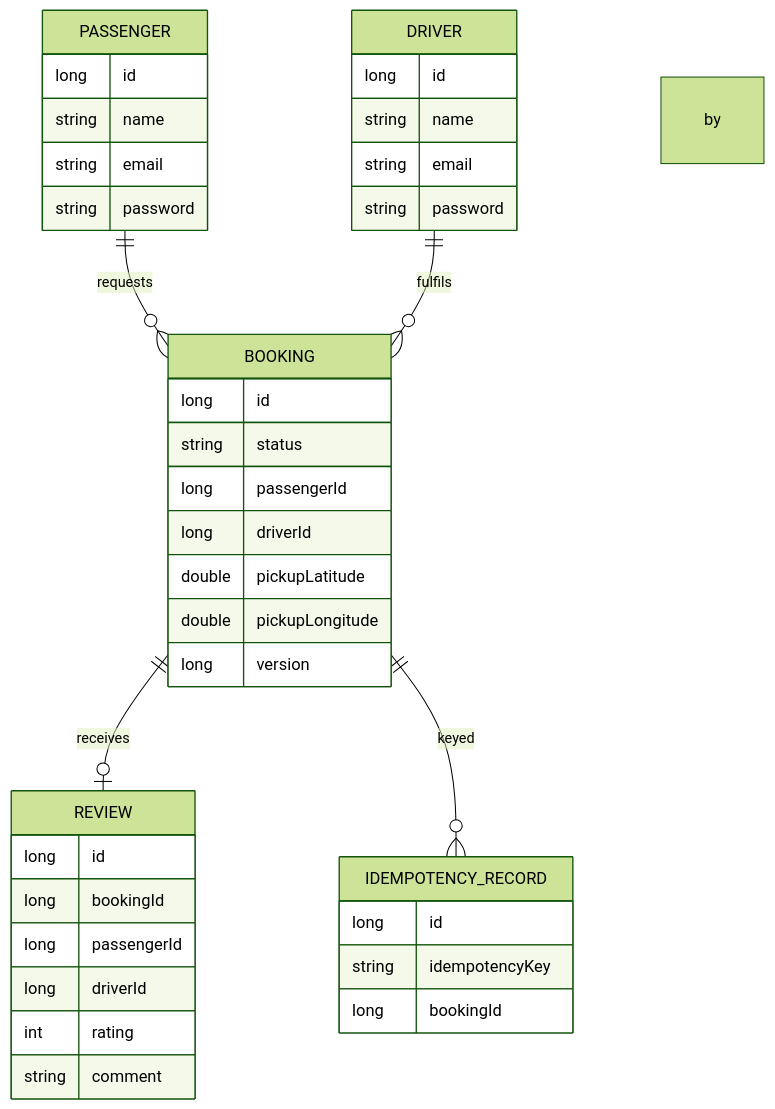
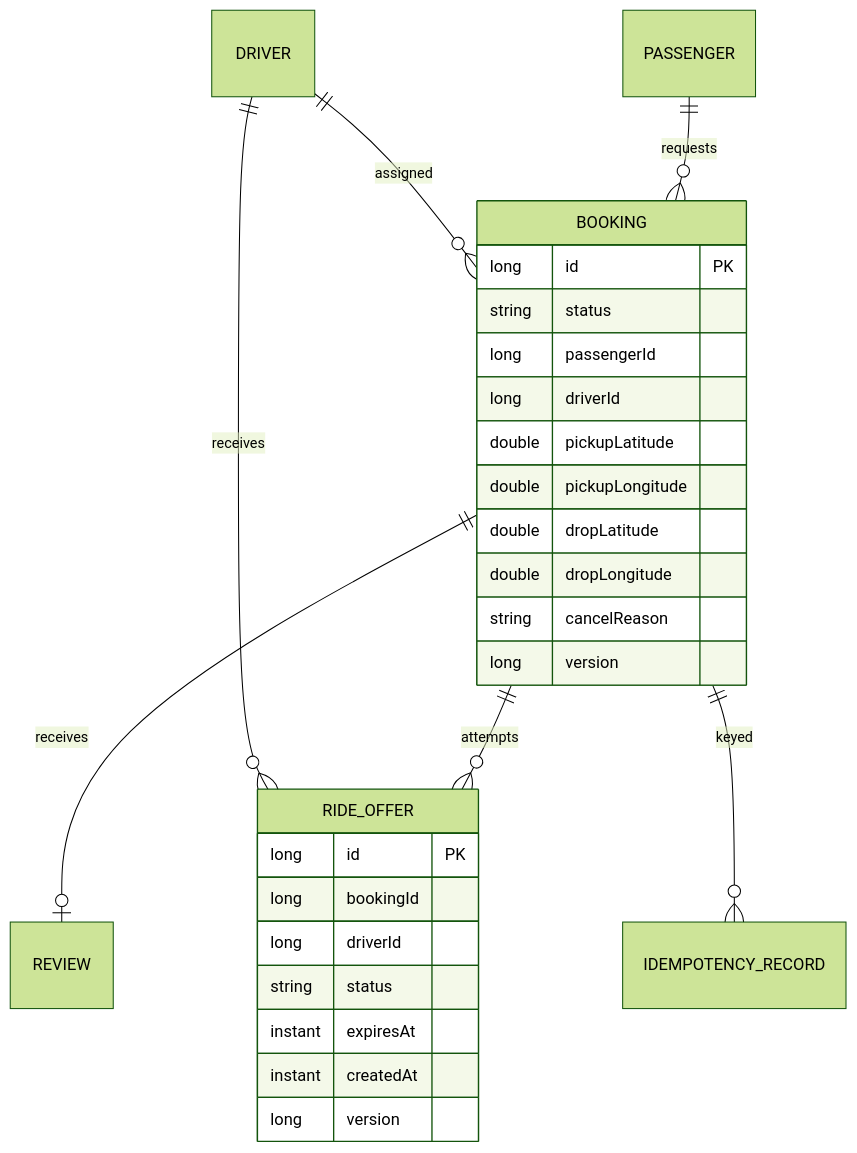
The fourth of 4 diagrams in docs/HLD.md (piyush932/uber-ride-platform), drawn with Mermaid (forest theme) before and after one commit. The commit also changed other lines of this file, not shown here.

Commit message:
docs: update HLD for Phase 9 driver dispatch and trip lifecycle

````diff
--- a/docs/HLD.md
+++ b/docs/HLD.md
@@ -160,12 +134,30 @@
 ```mermaid
 erDiagram
     PASSENGER ||--o{ BOOKING : requests
-    DRIVER ||--o{ BOOKING : fulfils
+    DRIVER ||--o{ BOOKING : assigned
+    BOOKING ||--o{ RIDE_OFFER : attempts
+    DRIVER ||--o{ RIDE_OFFER : receives
     BOOKING ||--o| REVIEW : receives
-    BOOKING ||--o{ IDEMPOTENCY_RECORD : keyed by
-    PASSENGER { long id string name string email string password }
-    DRIVER { long id string name string email string password }
-    BOOKING { long id string status long passengerId long driverId double pickupLatitude double pickupLongitude long version }
-    REVIEW { long id long bookingId long passengerId long driverId int rating string comment }
-    IDEMPOTENCY_RECORD { long id string idempotencyKey long bookingId }
+    BOOKING ||--o{ IDEMPOTENCY_RECORD : keyed
+    BOOKING {
+        long id PK
+        string status
+        long passengerId
+        long driverId
+        double pickupLatitude
+        double pickupLongitude
+        double dropLatitude
+        double dropLongitude
+        string cancelReason
+        long version
+    }
+    RIDE_OFFER {
+        long id PK
+        long bookingId
+        long driverId
+        string status
+        instant expiresAt
+        instant createdAt
+        long version
+    }
 ```
````
